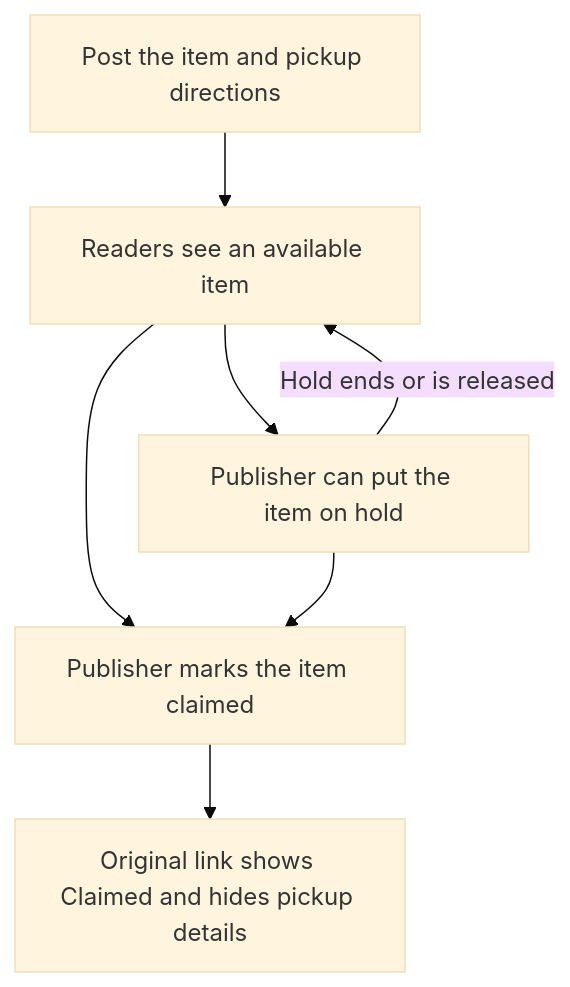
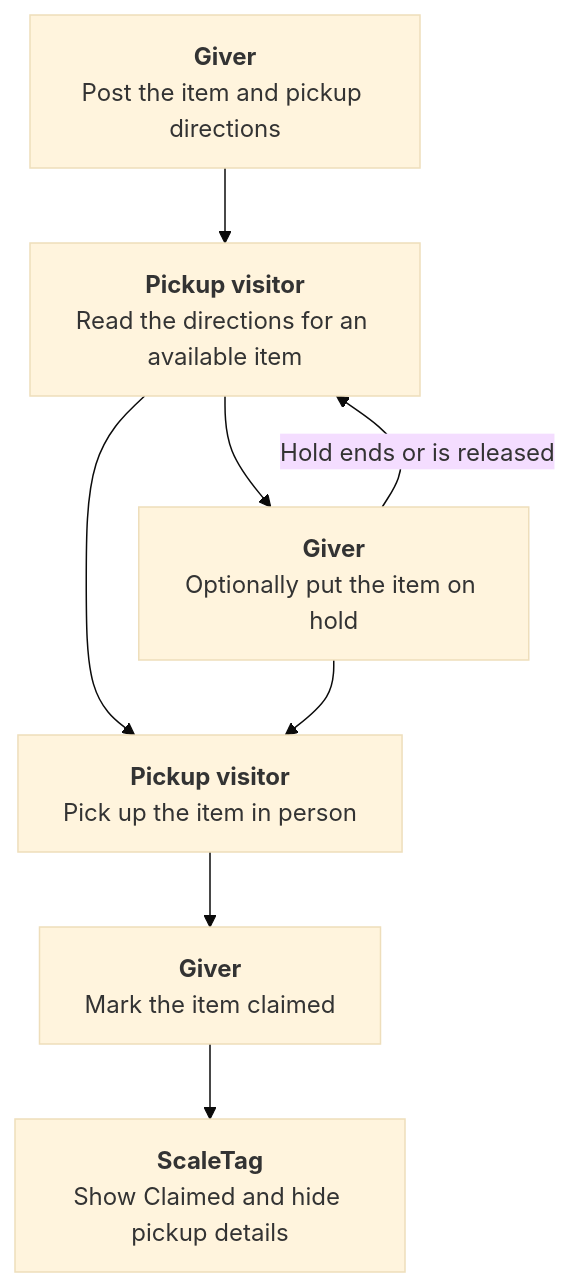
Before and after one commit to ChrisXHLeung/ScaleTag: the third of 11 diagrams in README.md, drawn with Mermaid (base theme). The commit also changed other lines of this file and 4 other files, not shown here.

Commit message:
Identify actors in ScaleTag feature workflows

````diff
--- a/README.md
+++ b/README.md
@@ -42,9 +45,10 @@
 ```mermaid
 flowchart TD
-    A["Post the item and pickup directions"] --> B["Readers see an available item"]
-    B --> C["Publisher can put the item on hold"]
+    A["<b>Giver</b><br/>Post the item and pickup directions"] --> B["<b>Pickup visitor</b><br/>Read the directions for an available item"]
+    B --> C["<b>Giver</b><br/>Optionally put the item on hold"]
     C -->|"Hold ends or is released"| B
-    B --> D["Publisher marks the item claimed"]
-    C --> D
-    D --> E["Original link shows Claimed and hides pickup details"]
+    B --> F["<b>Pickup visitor</b><br/>Pick up the item in person"]
+    C --> F
+    F --> D["<b>Giver</b><br/>Mark the item claimed"]
+    D --> E["<b>ScaleTag</b><br/>Show Claimed and hide pickup details"]
 ```
````
